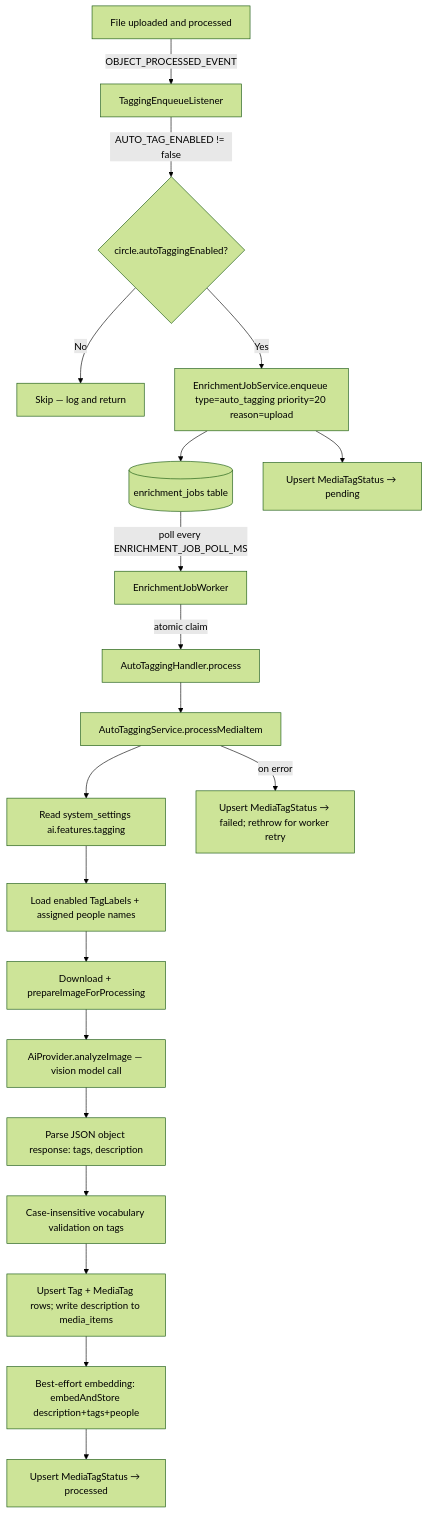
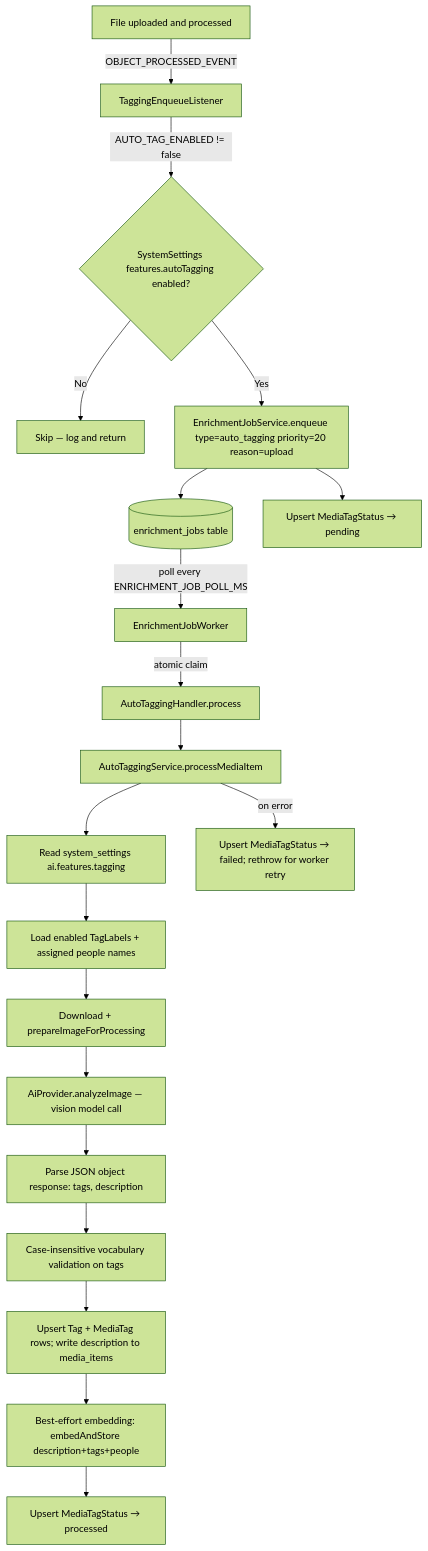
The diagram in docs/specs/auto-tagging.md (marinoscar/MemoriaHub), drawn with Mermaid (forest theme) before and after one commit. The commit also changed other lines of this file and 5 other files, not shown here.

````diff
--- a/docs/specs/auto-tagging.md
+++ b/docs/specs/auto-tagging.md
@@ -50,22 +50,22 @@
 ```mermaid
 flowchart TD
     A[File uploaded and processed] -->|OBJECT_PROCESSED_EVENT| B[TaggingEnqueueListener]
-    B -->|AUTO_TAG_ENABLED != false| C{circle.autoTaggingEnabled?}
+    B -->|AUTO_TAG_ENABLED != false| C{SystemSettings features.autoTagging enabled?}
     C -->|No| D[Skip — log and return]
     C -->|Yes| E[EnrichmentJobService.enqueue type=auto_tagging priority=20 reason=upload]
     E --> F[(enrichment_jobs table)]
     E --> G[Upsert MediaTagStatus → pending]
     F -->|poll every ENRICHMENT_JOB_POLL_MS| H[EnrichmentJobWorker]
     H -->|atomic claim| I[AutoTaggingHandler.process]
     I --> J[AutoTaggingService.processMediaItem]
     J --> K[Read system_settings ai.features.tagging]
     K --> L[Load enabled TagLabels + assigned people names]
     L --> M[Download + prepareImageForProcessing]
     M --> N[AiProvider.analyzeImage — vision model call]
     N --> O[Parse JSON object response: tags, description]
     O --> P[Case-insensitive vocabulary validation on tags]
     P --> Q[Upsert Tag + MediaTag rows; write description to media_items]
     Q --> R[Best-effort embedding: embedAndStore description+tags+people]
     R --> S[Upsert MediaTagStatus → processed]
     J -->|on error| T[Upsert MediaTagStatus → failed; rethrow for worker retry]
 ```
````
